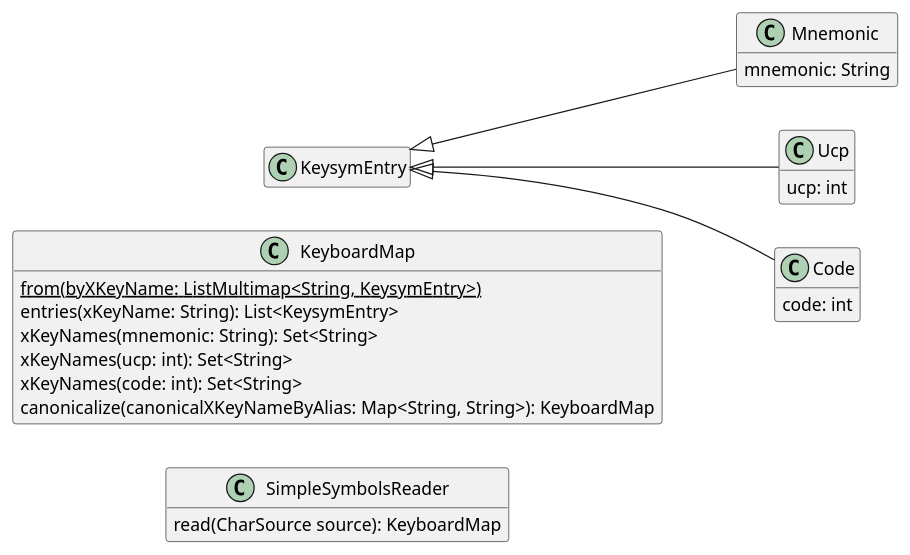
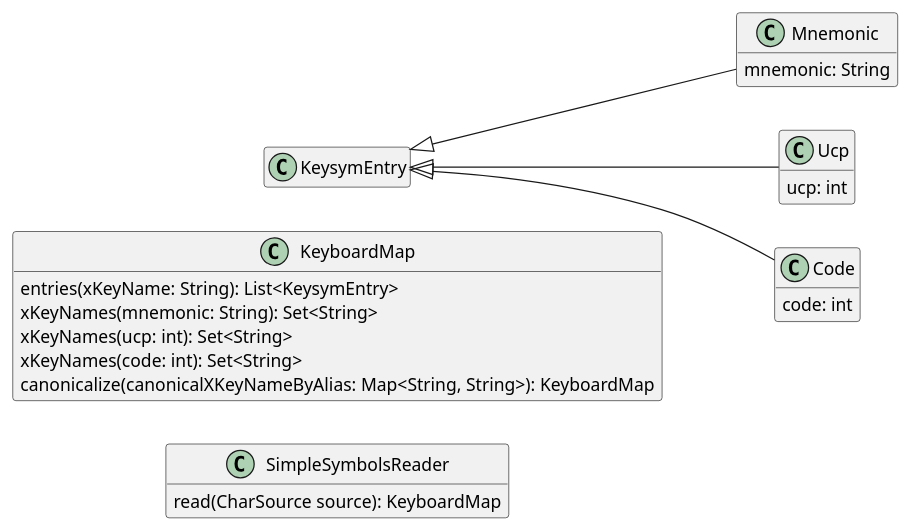
One commit to oliviercailloux/Keyboardd changed the diagram in Mapping.wsd. Above: the diagram before and after it, drawn with PlantUML. The commit also changed 2 other files, not shown here.

```diff
--- a/Mapping.wsd
+++ b/Mapping.wsd
@@ -1,36 +1,35 @@
 @startuml Mapping
 hide empty members
 left to right direction
 
 class "KeysymEntry" {}
 class "Mnemonic" {
   mnemonic: String
 }
 class "Ucp" {
   ucp: int
 }
 class "Code" {
   code: int
 }
 
 "KeysymEntry" <|-- "Mnemonic"
 "KeysymEntry" <|-- "Ucp"
 "KeysymEntry" <|-- "Code"
 
 class "KeyboardMap" {
-  {static} from(byXKeyName: ListMultimap<String, KeysymEntry>)
   entries(xKeyName: String): List<KeysymEntry>
   xKeyNames(mnemonic: String): Set<String>
   xKeyNames(ucp: int): Set<String>
   xKeyNames(code: int): Set<String>
   canonicalize(canonicalXKeyNameByAlias: Map<String, String>): KeyboardMap
 }
 
 class "SimpleSymbolsReader" {
   read(CharSource source): KeyboardMap
 }
 
 KeysymEntry -[hidden]> KeyboardMap
 KeyboardMap -[hidden]> SimpleSymbolsReader
 
 @enduml
```
